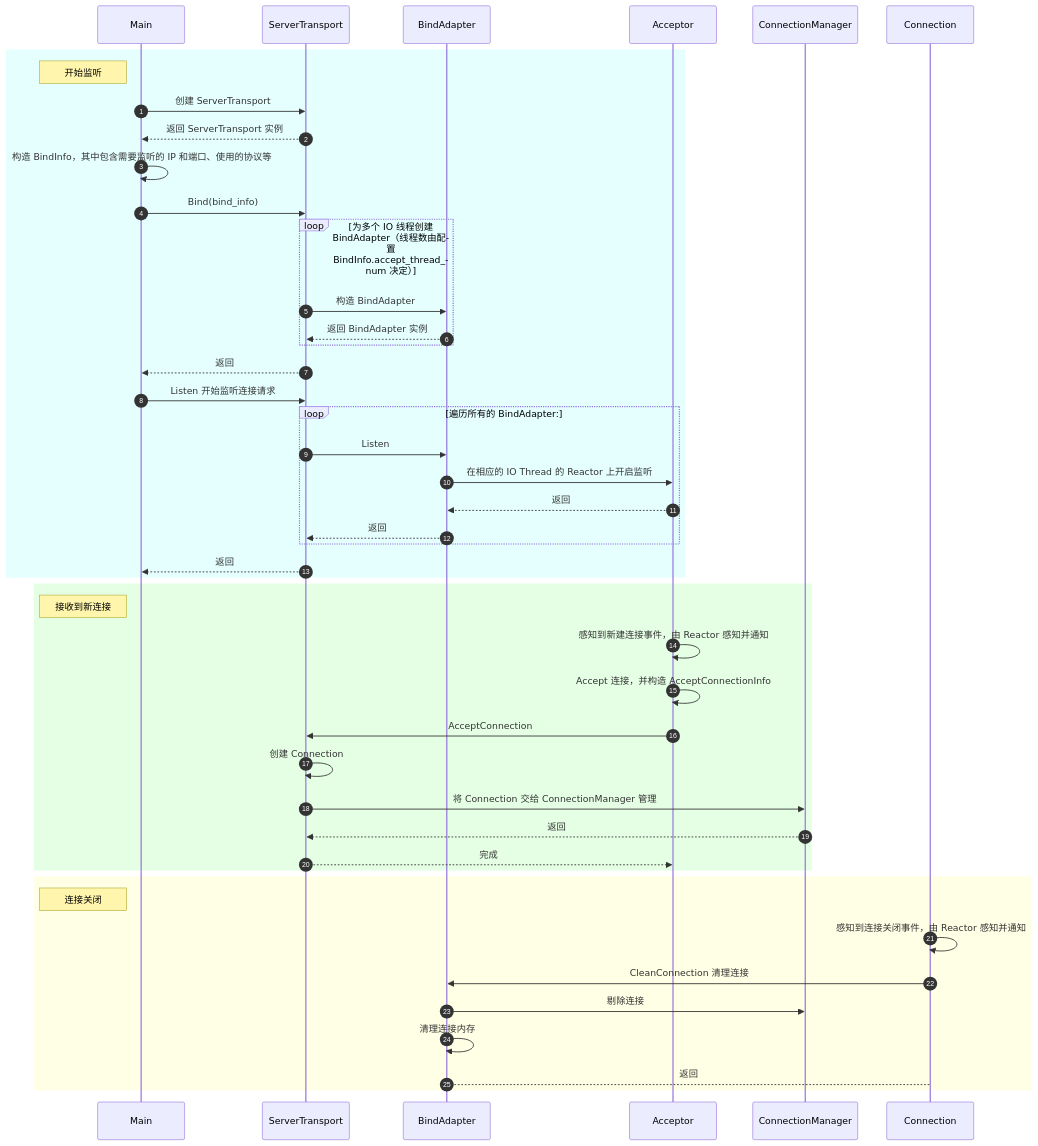
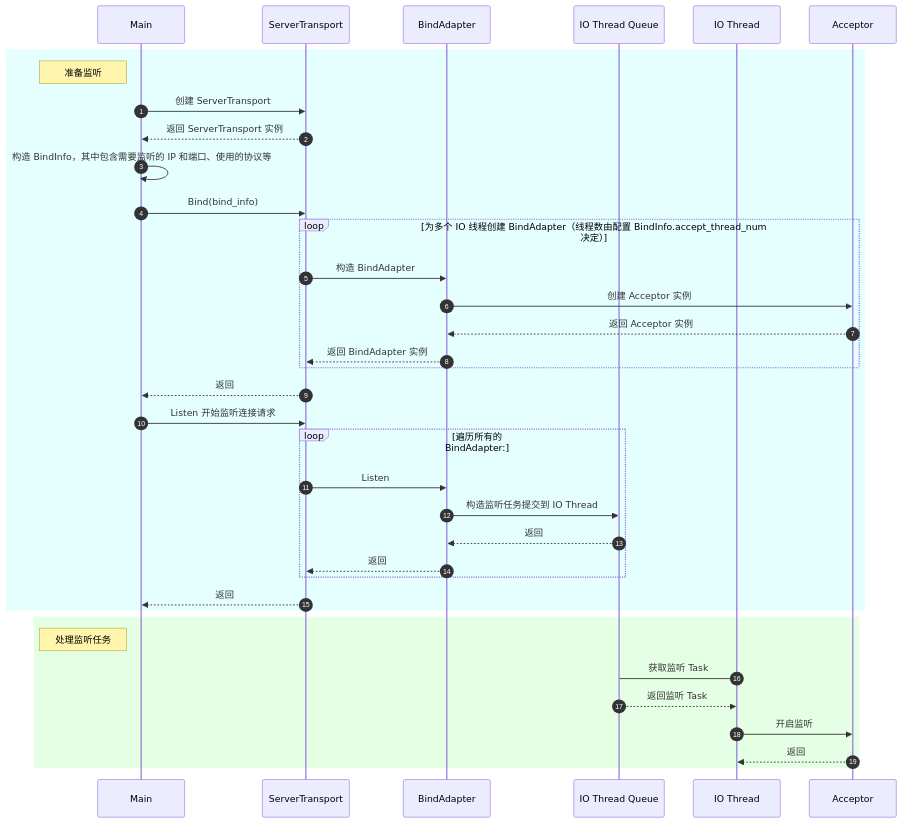
One commit to lsj9383/blog changed the second of 4 diagrams in posts/xrpc/xrpc-transport/server-transport.md. Above: the diagram before and after it, drawn with Mermaid. The commit also changed other lines of this file, not shown here.

````diff
--- a/posts/xrpc/xrpc-transport/server-transport.md
+++ b/posts/xrpc/xrpc-transport/server-transport.md
@@ -203,53 +208,43 @@
 ```mermaid
 sequenceDiagram
 autonumber
 
 participant main as Main
 participant server_transport as ServerTransport
 participant bind_adapter as BindAdapter
+participant io_thread_queue as IO Thread Queue
+participant io_thread as IO Thread
 participant acceptor as Acceptor
-participant connection_manager as ConnectionManager
-participant connection as Connection
 
 rect rgb(0, 255, 255, .1)
-  Note left of main: 开始监听
+  Note left of main: 准备监听
   main ->> server_transport: 创建 ServerTransport
   server_transport -->> main: 返回 ServerTransport 实例
   main ->> main: 构造 BindInfo，其中包含需要监听的 IP 和端口、使用的协议等
   main ->> server_transport: Bind(bind_info)
   loop 为多个 IO 线程创建 BindAdapter（线程数由配置 BindInfo.accept_thread_num 决定）
     server_transport ->> bind_adapter: 构造 BindAdapter
+    bind_adapter ->> acceptor: 创建 Acceptor 实例
+    acceptor -->> bind_adapter: 返回 Acceptor 实例
     bind_adapter -->> server_transport: 返回 BindAdapter 实例
   end
   server_transport -->> main: 返回
 
   main ->> server_transport: Listen 开始监听连接请求
   loop 遍历所有的 BindAdapter:
     server_transport ->> bind_adapter: Listen
-    bind_adapter ->> acceptor: 在相应的 IO Thread 的 Reactor 上开启监听
-    acceptor -->> bind_adapter: 返回
+    bind_adapter ->> io_thread_queue: 构造监听任务提交到 IO Thread
+    io_thread_queue -->> bind_adapter: 返回
     bind_adapter -->> server_transport: 返回
   end
   server_transport -->> main: 返回
 end
 
 rect rgba(0, 255, 0, .1)
-  Note left of main: 接收到新连接
-  acceptor ->> acceptor: 感知到新建连接事件，由 Reactor 感知并通知
-  acceptor ->> acceptor: Accept 连接，并构造 AcceptConnectionInfo
-  acceptor ->> server_transport: AcceptConnection
-  server_transport ->> server_transport: 创建 Connection
-  server_transport ->> connection_manager: 将 Connection 交给 ConnectionManager 管理
-  connection_manager -->> server_transport: 返回
-  server_transport -->> acceptor: 完成
-end
-
-rect rgba(255, 255, 0, .1)
-  Note left of main: 连接关闭
-  connection ->> connection: 感知到连接关闭事件，由 Reactor 感知并通知
-  connection ->> bind_adapter: CleanConnection 清理连接
-  bind_adapter ->> connection_manager: 剔除连接
-  bind_adapter ->> bind_adapter: 清理连接内存
-  bind_adapter --> connection: 返回
+  Note left of main: 处理监听任务
+  io_thread -> io_thread_queue: 获取监听 Task
+  io_thread_queue -->> io_thread: 返回监听 Task
+  io_thread ->> acceptor: 开启监听
+  acceptor -->> io_thread: 返回
 end
 ```
````
